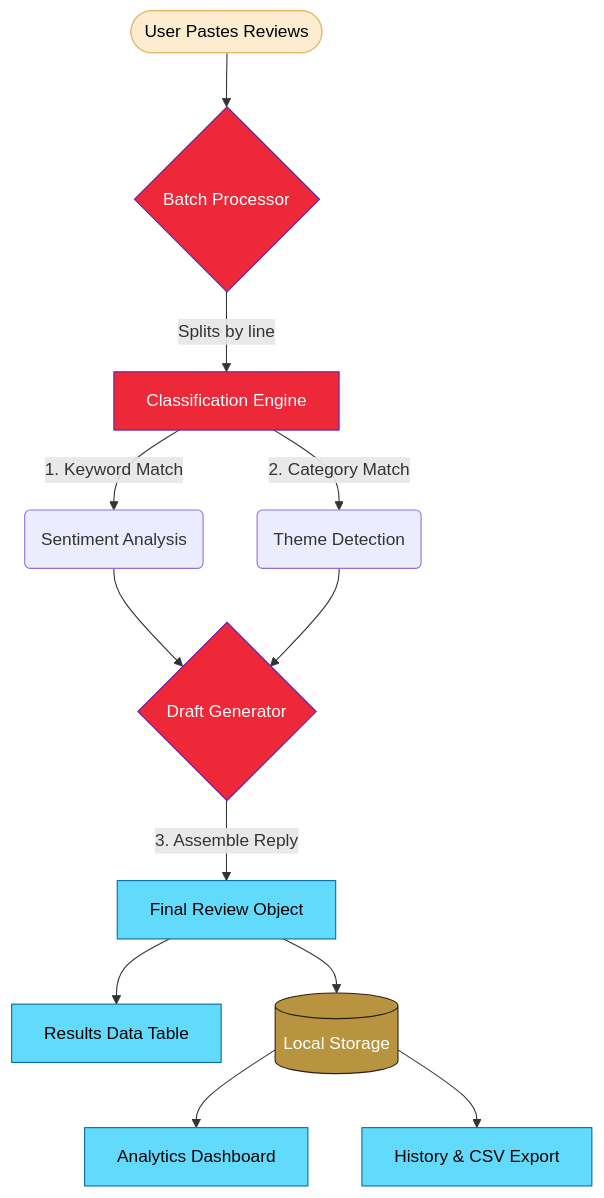
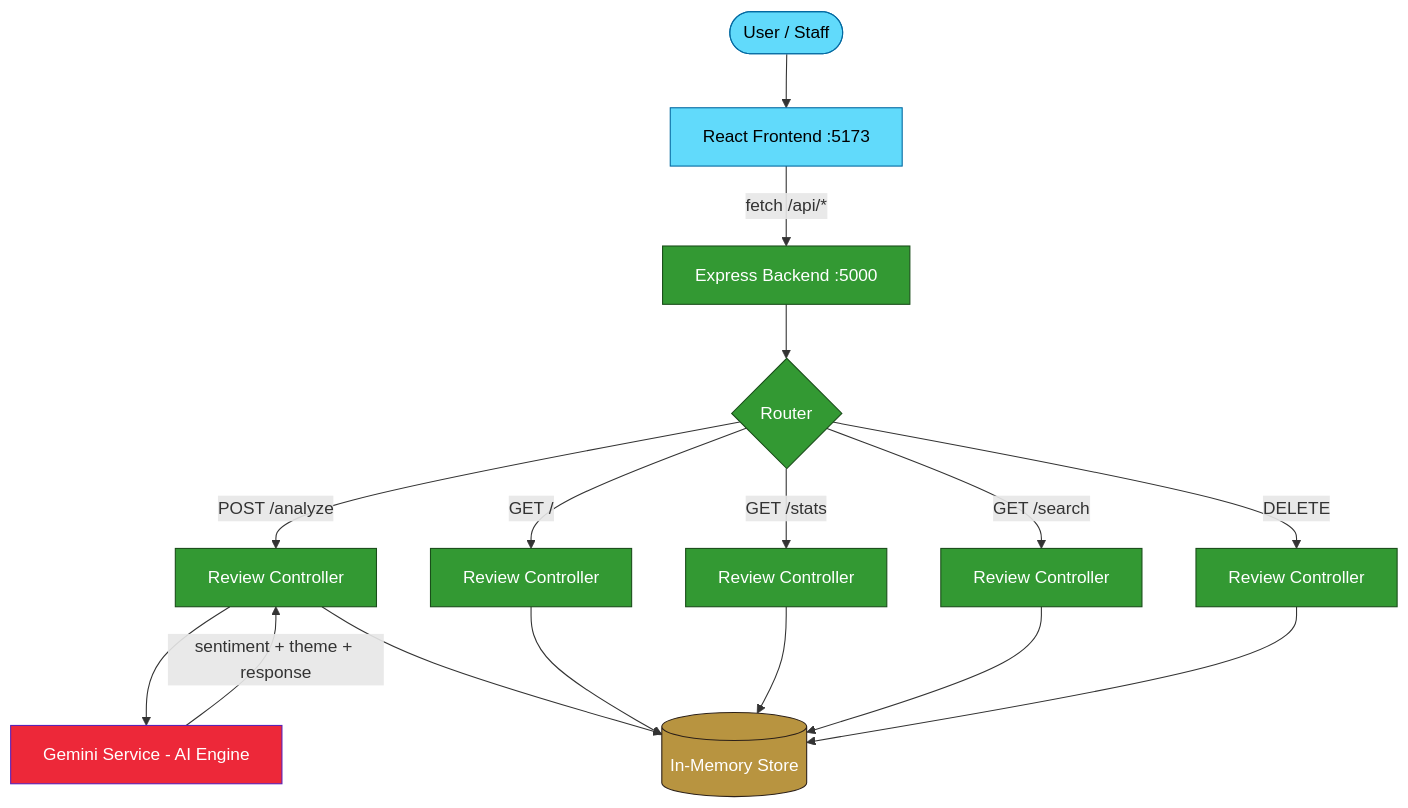
One commit to ravi0-web/REV.AI changed the diagram in README.md. Above: the diagram before and after it, drawn with Mermaid. The commit also changed other lines of this file and 5 other files, not shown here.

````diff
--- a/README.md
+++ b/README.md
@@ -27,25 +288,25 @@
 ```mermaid
 graph TD
-    %% Styling
-    classDef input fill:#fdecd0,stroke:#e2ba6a,color:#000
-    classDef engine fill:#ed2839,stroke:#5b21b6,color:#fff
-    classDef output fill:#61dafb,stroke:#0369a1,color:#000
-    classDef storage fill:#b89440,stroke:#2c2018,color:#fff
+    classDef frontend fill:#61dafb,stroke:#0369a1,color:#000
+    classDef backend fill:#339933,stroke:#1a4d1a,color:#fff
+    classDef db fill:#b89440,stroke:#2c2018,color:#fff
+    classDef ai fill:#ed2839,stroke:#5b21b6,color:#fff
 
-    %% Flowchart
-    A([User Pastes Reviews]):::input --> B{Batch Processor}:::engine
-    B -->|Splits by line| C[Classification Engine]:::engine
-    
-    C -->|1. Keyword Match| D(Sentiment Analysis)
-    C -->|2. Category Match| E(Theme Detection)
-    D --> F
-    E --> F
-    
-    F{Draft Generator}:::engine -->|3. Assemble Reply| G[Final Review Object]:::output
-    
-    G --> H[Results Data Table]:::output
-    G --> I[(Local Storage)]:::storage
-    
-    I --> J[Analytics Dashboard]:::output
-    I --> K[History & CSV Export]:::output
+    A([User / Staff]):::frontend --> B[React Frontend :5173]:::frontend
+    B -->|fetch /api/*| C[Express Backend :5000]:::backend
+
+    C --> D{Router}:::backend
+    D -->|POST /analyze| E[Review Controller]:::backend
+    D -->|GET /| F[Review Controller]:::backend
+    D -->|GET /stats| G[Review Controller]:::backend
+    D -->|GET /search| H[Review Controller]:::backend
+    D -->|DELETE| I[Review Controller]:::backend
+
+    E --> J[Gemini Service - AI Engine]:::ai
+    J -->|sentiment + theme + response| E
+    E --> K[(In-Memory Store)]:::db
+    F --> K
+    G --> K
+    H --> K
+    I --> K
 ```
````
